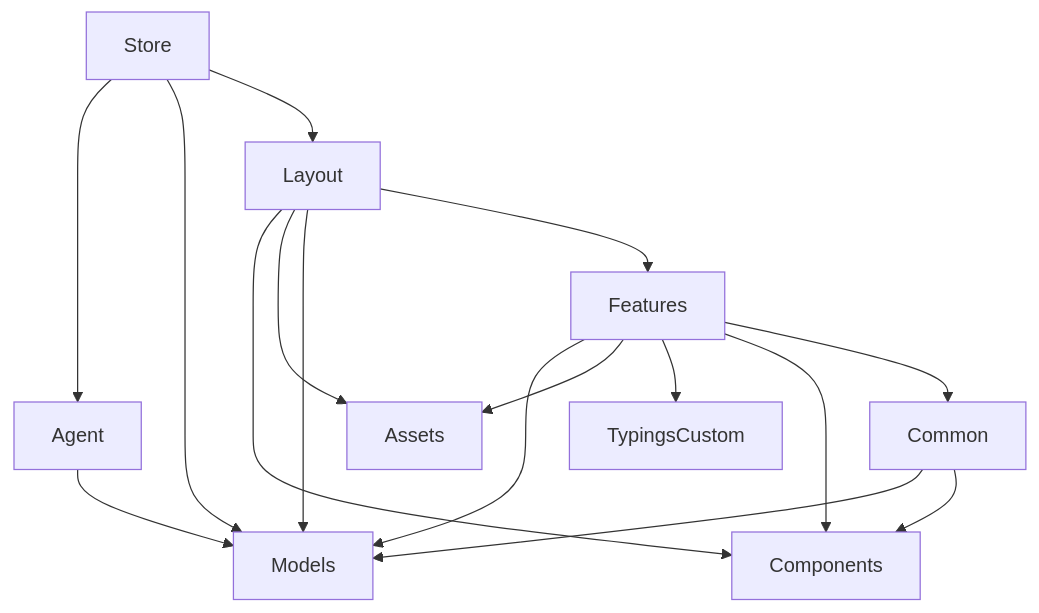
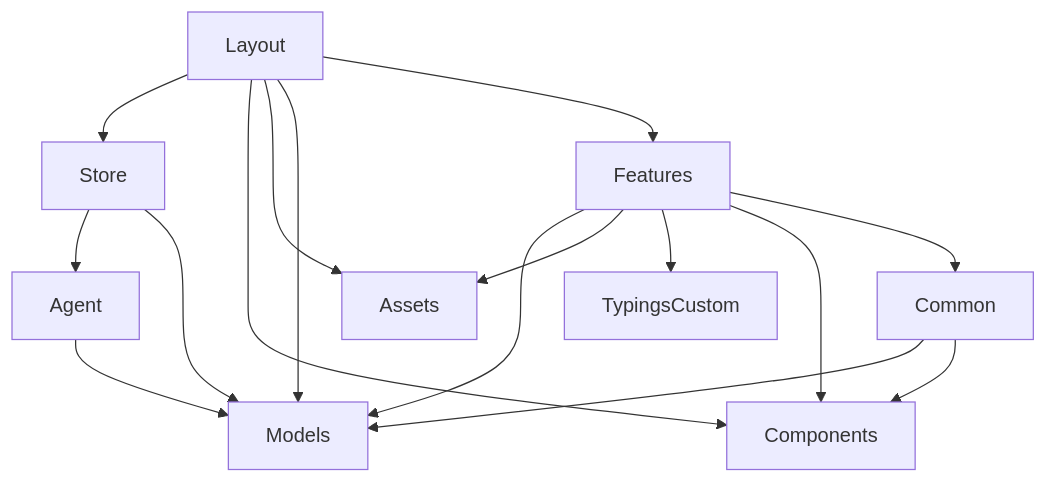
One commit to tringltom/SPA changed the diagram in documentation/DEV.md. Above: the diagram before and after it, drawn with Mermaid.

Commit message:
Updated DEV

```diff
--- a/documentation/DEV.md
+++ b/documentation/DEV.md
@@ -2,22 +2,23 @@
 ::: mermaid
  graph TD;
  Store --> Agent
  Agent --> Models 
  Store --> Models
- Store --> Layout --> Components
+ Layout --> Store
+ Layout --> Components
  Layout --> Assets
  Layout --> Models
  Layout --> Features --> Models
  Features --> Assets
  Features --> TypingsCustom
  Features --> Components
  Features --> Common --> Models
  Common --> Components;
 
 click API "https://dev.azure.com/3MPOS/Ekviti/_wiki/wikis/Api/189/API"
 click Infrastructure "https://dev.azure.com/3MPOS/Ekviti/_wiki/wikis/Api/190/Infrastructure"
 click Application "https://dev.azure.com/3MPOS/Ekviti/_wiki/wikis/Api/189/Application"
 click DAL "https://dev.azure.com/3MPOS/Ekviti/_wiki/wikis/Api/189/DAL"
 click Persistence "https://dev.azure.com/3MPOS/Ekviti/_wiki/wikis/Api/189/Persistence"
 click Domain "https://dev.azure.com/3MPOS/Ekviti/_wiki/wikis/Api/189/Domain"
 :::
```
